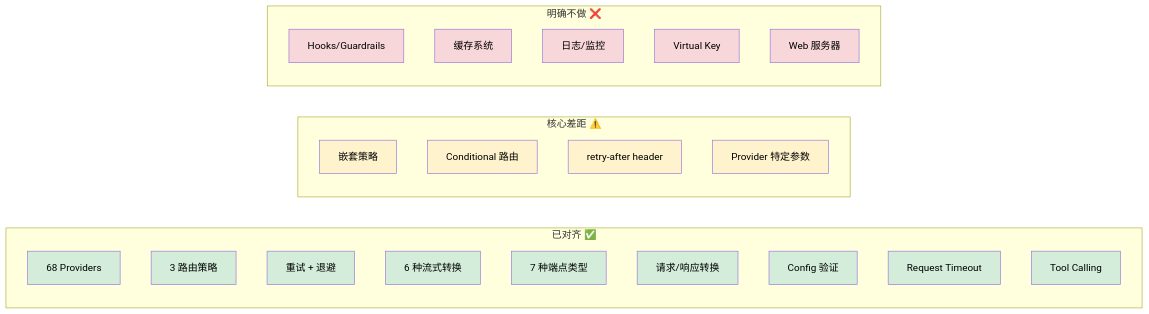
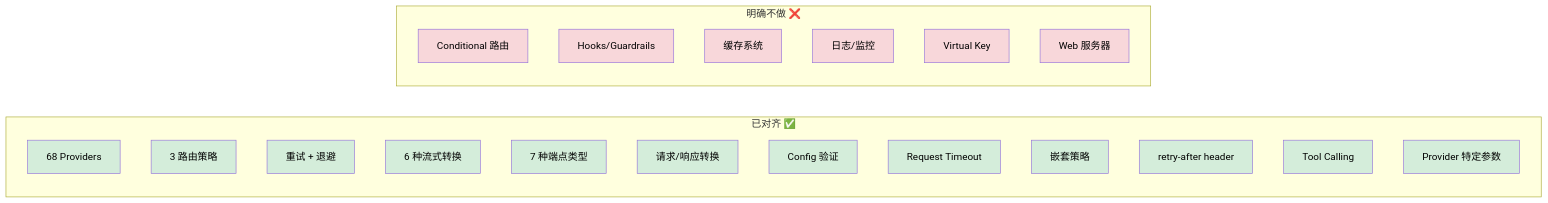
One commit to xandersbell/chainr changed the diagram in docs/PORTKEY_DIFF_REPORT.md. Above: the diagram before and after it, drawn with Mermaid. The commit also changed other lines of this file and 1 other file, not shown here.

First line of the commit message:
docs: remove conditional routing from scope, mark Phase 3 complete

````diff
--- a/docs/PORTKEY_DIFF_REPORT.md
+++ b/docs/PORTKEY_DIFF_REPORT.md
@@ -193,48 +186,45 @@
 ```mermaid
 graph LR
     subgraph "已对齐 ✅"
         A[68 Providers]
         B[3 路由策略]
         C[重试 + 退避]
         D[6 种流式转换]
         E[7 种端点类型]
         F[请求/响应转换]
         G[Config 验证]
         H[Request Timeout]
+        I[嵌套策略]
+        K[retry-after header]
         S[Tool Calling]
-    end
-
-    subgraph "核心差距 ⚠️"
-        I[嵌套策略]
-        J[Conditional 路由]
-        K[retry-after header]
-        M[Provider 特定参数]
+        T[Provider 特定参数]
     end
 
     subgraph "明确不做 ❌"
+        J[Conditional 路由]
         N[Hooks/Guardrails]
         O[缓存系统]
         P[日志/监控]
         Q[Virtual Key]
         R[Web 服务器]
     end
 
     style A fill:#d4edda,color:#000
     style B fill:#d4edda,color:#000
     style C fill:#d4edda,color:#000
     style D fill:#d4edda,color:#000
     style E fill:#d4edda,color:#000
     style F fill:#d4edda,color:#000
     style G fill:#d4edda,color:#000
     style H fill:#d4edda,color:#000
+    style I fill:#d4edda,color:#000
+    style K fill:#d4edda,color:#000
     style S fill:#d4edda,color:#000
-    style I fill:#fff3cd,color:#000
-    style J fill:#fff3cd,color:#000
-    style K fill:#fff3cd,color:#000
-    style M fill:#fff3cd,color:#000
+    style T fill:#d4edda,color:#000
+    style J fill:#f8d7da,color:#000
     style N fill:#f8d7da,color:#000
     style O fill:#f8d7da,color:#000
     style P fill:#f8d7da,color:#000
     style Q fill:#f8d7da,color:#000
     style R fill:#f8d7da,color:#000
 ```
````
